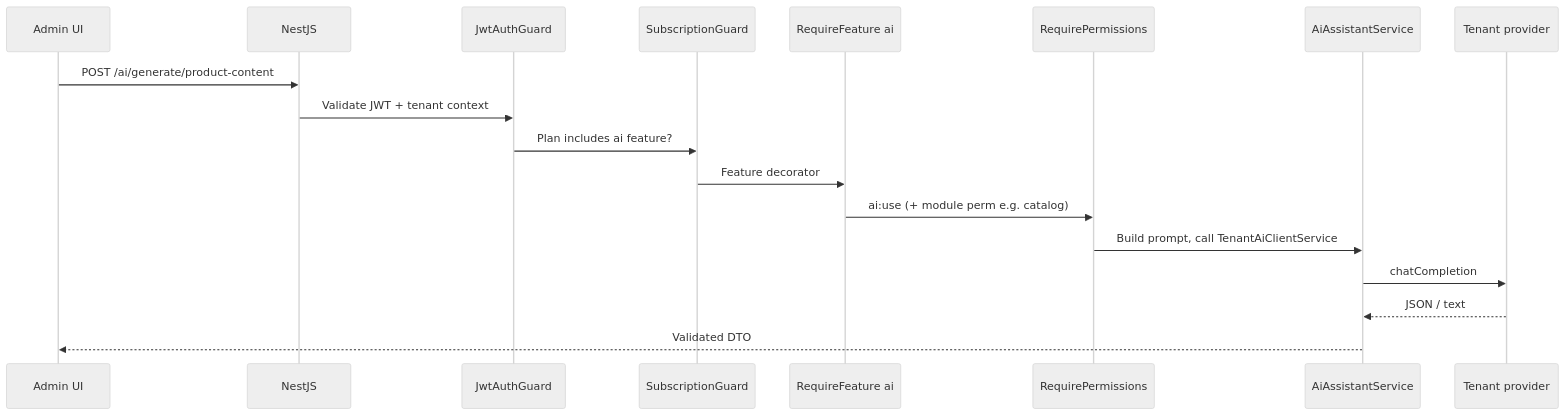
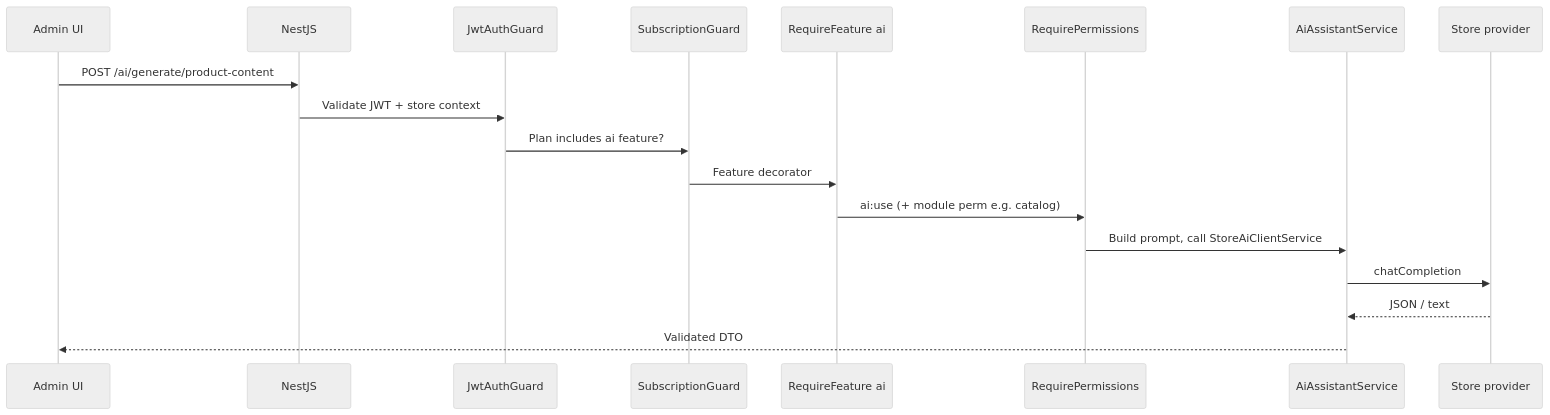
The third of 8 diagrams in doc/system-design/ai_system_guide.md (gowtamkumar/eCommerce-multi-store-saas-erp), drawn with Mermaid (neutral theme) before and after one commit. The commit also changed other lines of this file and 764 other files, not shown here.

````diff
--- a/doc/system-design/ai_system_guide.md
+++ b/doc/system-design/ai_system_guide.md
@@ -242,21 +242,21 @@
 ```mermaid
 sequenceDiagram
   participant UI as Admin UI
   participant API as NestJS
   participant G1 as JwtAuthGuard
   participant G2 as SubscriptionGuard
   participant G3 as RequireFeature ai
   participant G4 as RequirePermissions
   participant SVC as AiAssistantService
-  participant LLM as Tenant provider
+  participant LLM as Store provider
 
   UI->>API: POST /ai/generate/product-content
-  API->>G1: Validate JWT + tenant context
+  API->>G1: Validate JWT + store context
   G1->>G2: Plan includes ai feature?
   G2->>G3: Feature decorator
   G3->>G4: ai:use (+ module perm e.g. catalog)
-  G4->>SVC: Build prompt, call TenantAiClientService
+  G4->>SVC: Build prompt, call StoreAiClientService
   SVC->>LLM: chatCompletion
   LLM-->>SVC: JSON / text
   SVC-->>UI: Validated DTO
 ```
````
